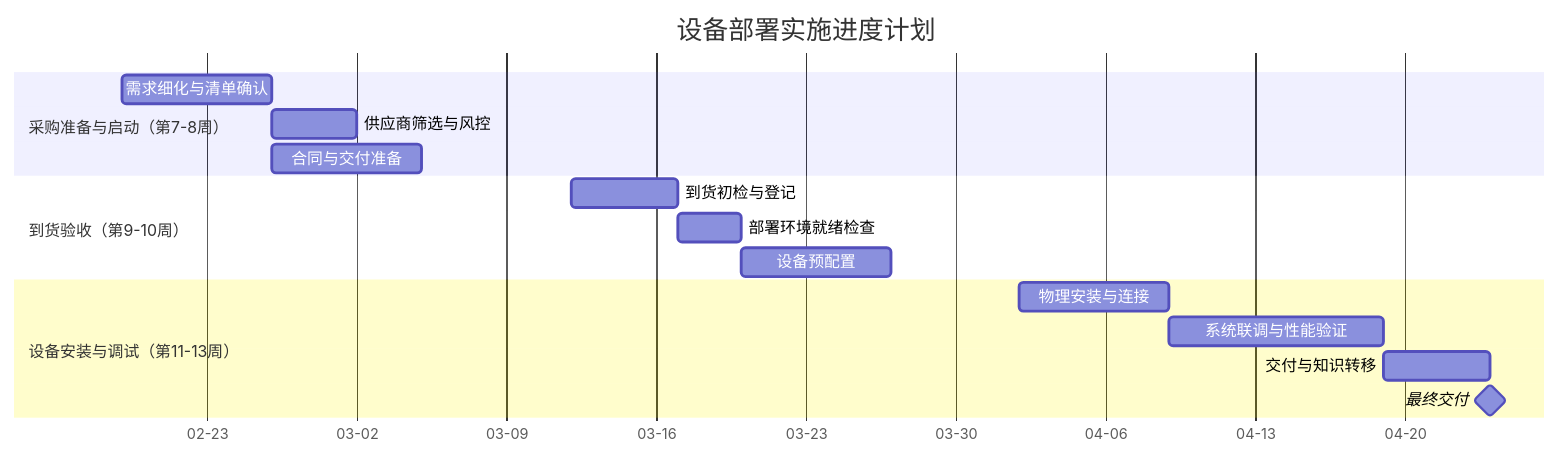
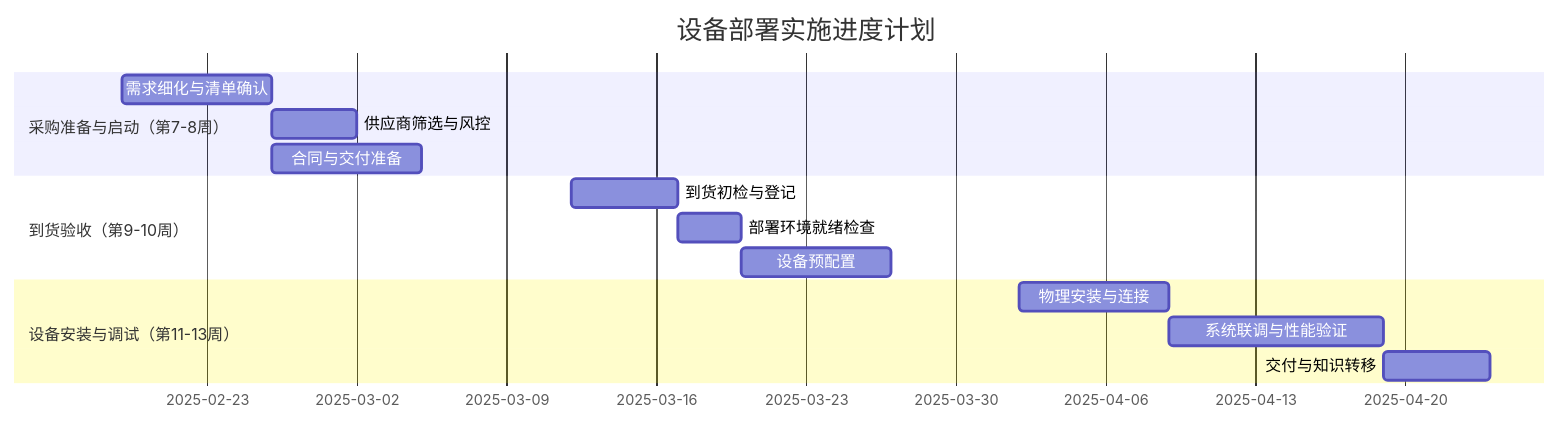
One commit to CMTcode/iodraw-files changed the diagram in all/未命名-1.md. Above: the diagram before and after it, drawn with Mermaid.

Commit message:
2025-02-19 11:20:51 update

````diff
--- a/all/未命名-1.md
+++ b/all/未命名-1.md
@@ -1,24 +1,24 @@
 ```mermaid
 gantt
     title 设备部署实施进度计划
     dateFormat  YYYY-MM-DD
-    axisFormat %m-%d
+
 
     section 采购准备与启动（第7-8周）
     需求细化与清单确认       :a1, 2025-02-19, 7d
     供应商筛选与风控         :after a1, 4d
     合同与交付准备           :2025-02-26, 7d
     
 
     section 到货验收（第9-10周）
     到货初检与登记           :2025-03-12, 5d
     部署环境就绪检查         :2025-03-17, 3d
     设备预配置               :2025-03-20, 7d
     
 
     section 设备安装与调试（第11-13周）
     物理安装与连接           :2025-04-02, 7d
     系统联调与性能验证       :2025-04-09, 10d
     交付与知识转移           :2025-04-19, 5d
-    最终交付              :milestone, 2025-04-24, 0d
+    
 ```
````
